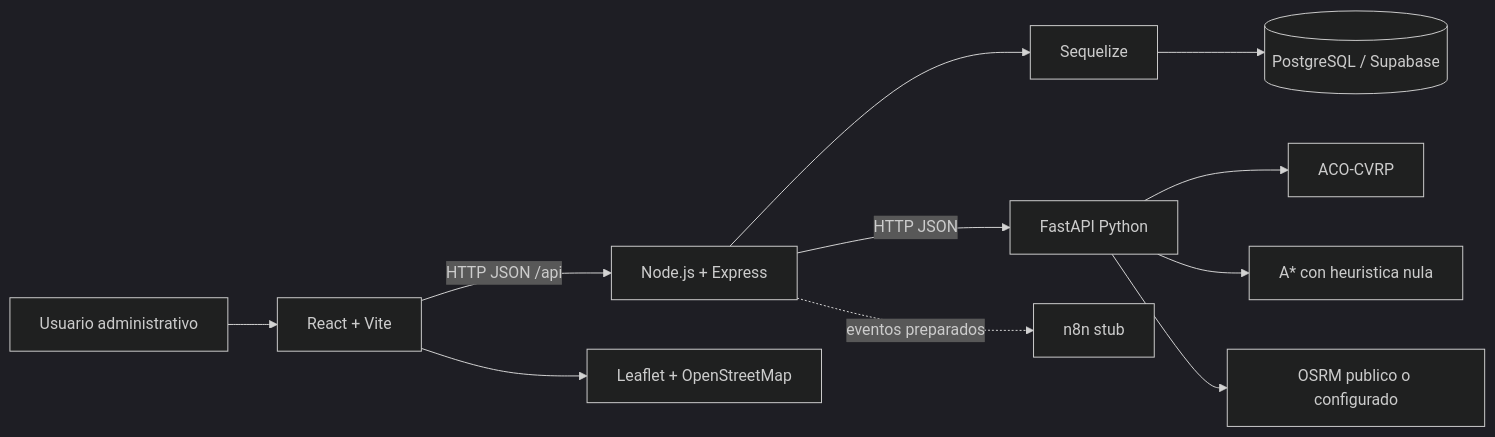
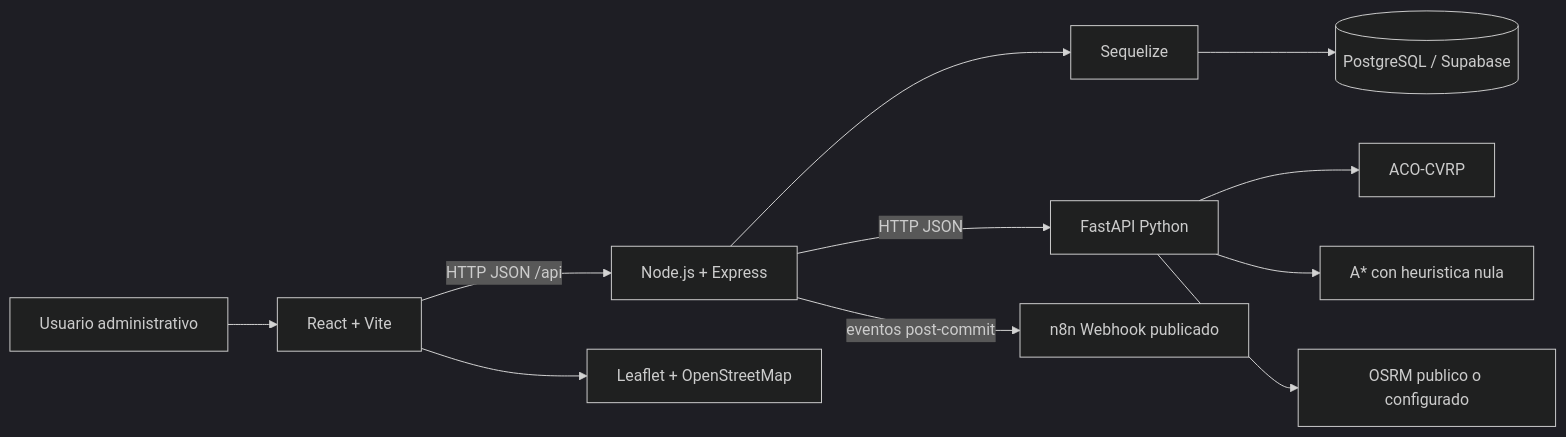
Before and after one commit to gabriel23mz/techsupply-scm: the first of 2 diagrams in docs/02-arquitectura-general.md, drawn with Mermaid (dark theme). The commit also changed other lines of this file and 19 other files, not shown here.

````diff
--- a/docs/02-arquitectura-general.md
+++ b/docs/02-arquitectura-general.md
@@ -7,13 +7,13 @@
 ```mermaid
 flowchart LR
   U[Usuario administrativo] --> FE[React + Vite]
   FE -->|HTTP JSON /api| BE[Node.js + Express]
   BE --> ORM[Sequelize]
   ORM --> DB[(PostgreSQL / Supabase)]
   BE -->|HTTP JSON| PY[FastAPI Python]
   PY --> ACO[ACO-CVRP]
   PY --> ASTAR[A* con heuristica nula]
   PY --> OSRM[OSRM publico o configurado]
   FE --> MAP[Leaflet + OpenStreetMap]
-  BE -. eventos preparados .-> N8N[n8n stub]
+  BE -->|eventos post-commit| N8N[n8n Webhook publicado]
 ```
````
